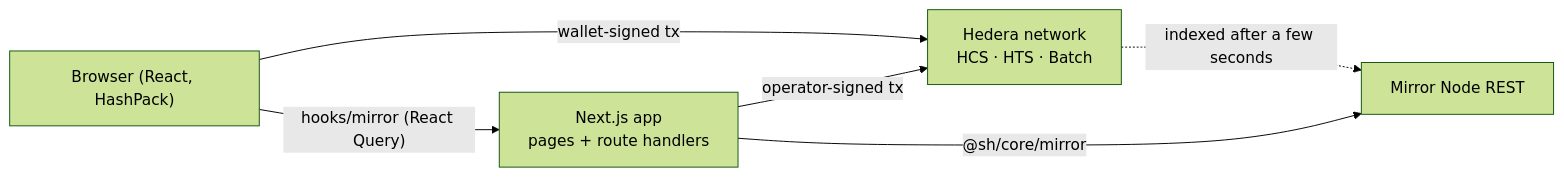
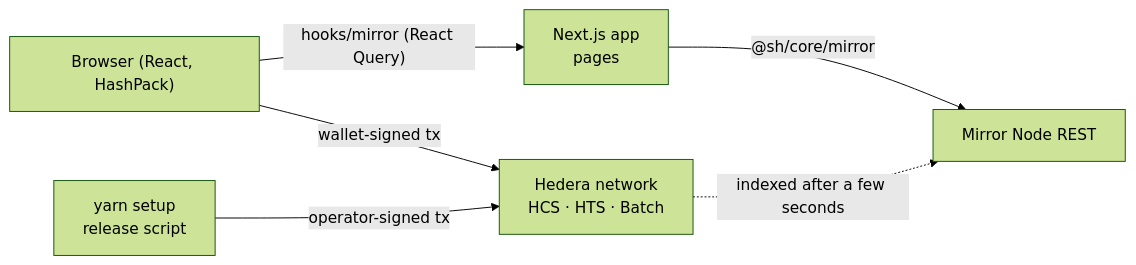
Before and after one commit to SpaceUY/hedera-governed-operations: the first of 6 diagrams in docs/ARCHITECTURE.md, drawn with Mermaid (forest theme). The commit also changed other lines of this file and 5 other files, not shown here.

First line of the commit message:
docs: describe the app without the Proof Wall pages, routes and setup topic

````diff
--- a/docs/ARCHITECTURE.md
+++ b/docs/ARCHITECTURE.md
@@ -20,13 +20,14 @@
 ```mermaid
 flowchart LR
   Browser["Browser (React, HashPack)"]
-  App["Next.js app<br/>pages + route handlers"]
+  App["Next.js app<br/>pages"]
+  Scripts["yarn setup<br/>release script"]
   Hedera["Hedera network<br/>HCS · HTS · Batch"]
   Mirror["Mirror Node REST"]
 
   Browser -- "wallet-signed tx" --> Hedera
   Browser -- "hooks/mirror (React Query)" --> App
-  App -- "operator-signed tx" --> Hedera
+  Scripts -- "operator-signed tx" --> Hedera
   App -- "@sh/core/mirror" --> Mirror
   Hedera -. "indexed after a few seconds" .-> Mirror
 ```
````
